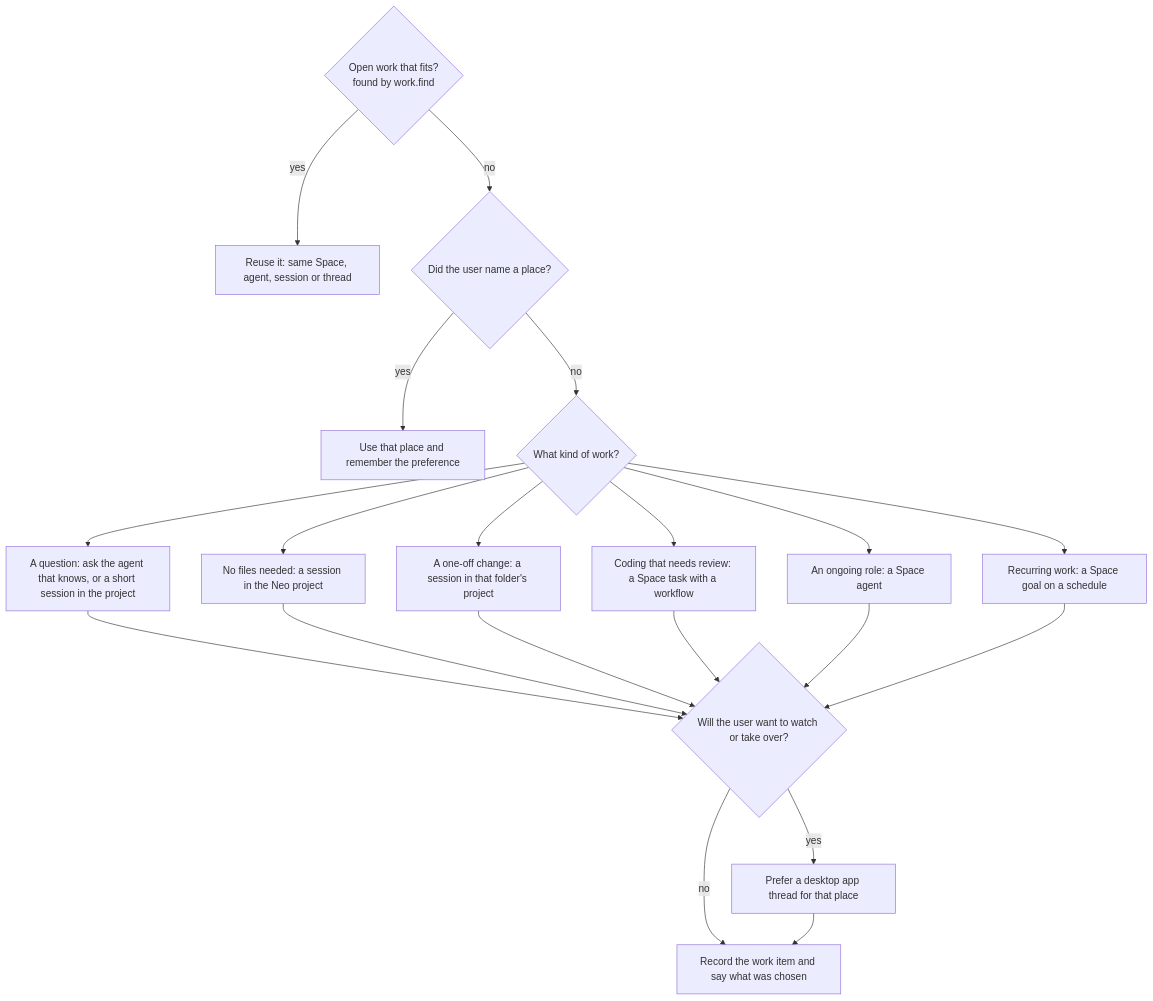
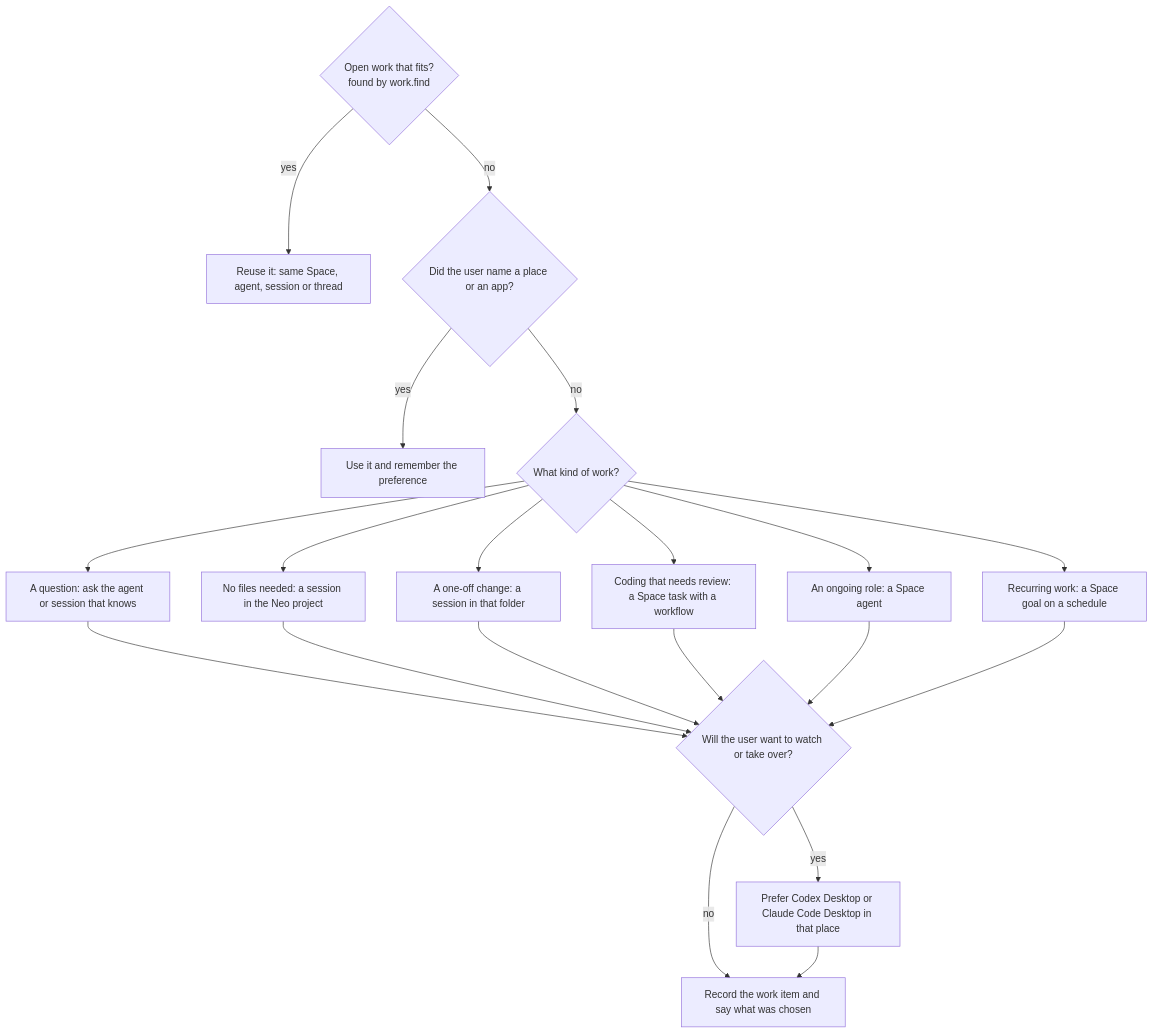
One commit to lsm/HyperNeo changed the third of 11 diagrams in docs/architecture/neo-driver-model.md. Above: the diagram before and after it, drawn with Mermaid. The commit also changed other lines of this file, not shown here.

````diff
--- a/docs/architecture/neo-driver-model.md
+++ b/docs/architecture/neo-driver-model.md
@@ -185,17 +255,17 @@
 ```mermaid
 flowchart TD
   A{"Open work that fits?<br/>found by work.find"} -- yes --> A1["Reuse it: same Space, agent, session or thread"]
-  A -- no --> B{"Did the user name a place?"}
-  B -- yes --> B1["Use that place and remember the preference"]
+  A -- no --> B{"Did the user name a place or an app?"}
+  B -- yes --> B1["Use it and remember the preference"]
   B -- no --> C{"What kind of work?"}
-  C --> C1["A question: ask the agent that knows, or a short session in the project"]
+  C --> C1["A question: ask the agent or session that knows"]
   C --> C2["No files needed: a session in the Neo project"]
-  C --> C3["A one-off change: a session in that folder's project"]
+  C --> C3["A one-off change: a session in that folder"]
   C --> C4["Coding that needs review: a Space task with a workflow"]
   C --> C5["An ongoing role: a Space agent"]
   C --> C6["Recurring work: a Space goal on a schedule"]
   C1 & C2 & C3 & C4 & C5 & C6 --> D{"Will the user want to watch or take over?"}
-  D -- yes --> D1["Prefer a desktop app thread for that place"]
+  D -- yes --> D1["Prefer Codex Desktop or Claude Code Desktop in that place"]
   D -- no --> E["Record the work item and say what was chosen"]
   D1 --> E
 ```
````
